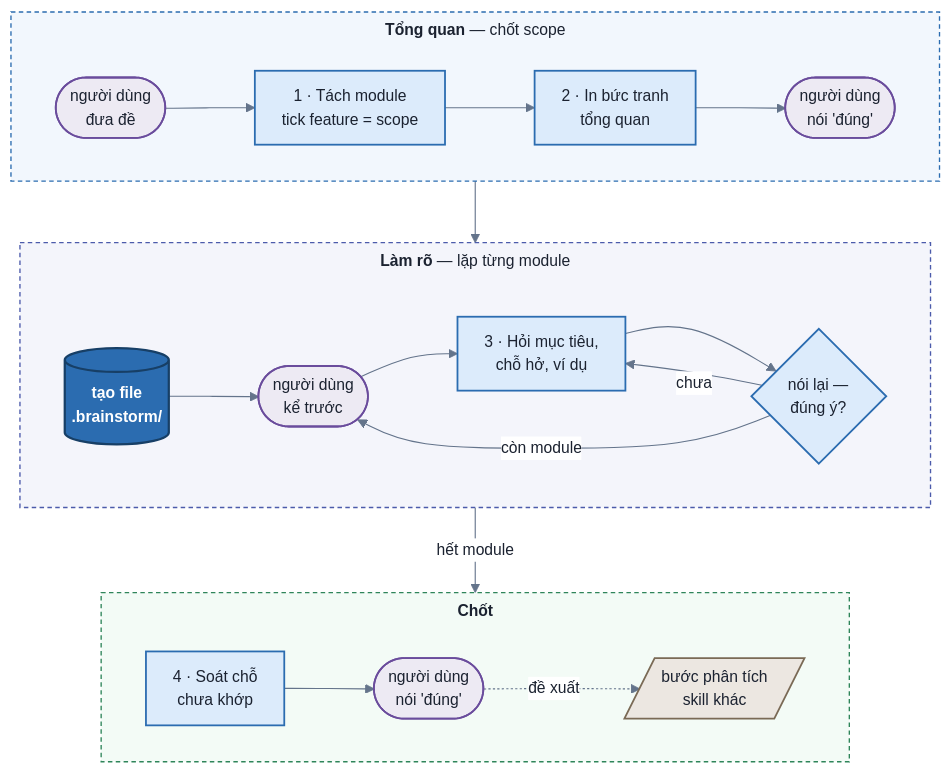
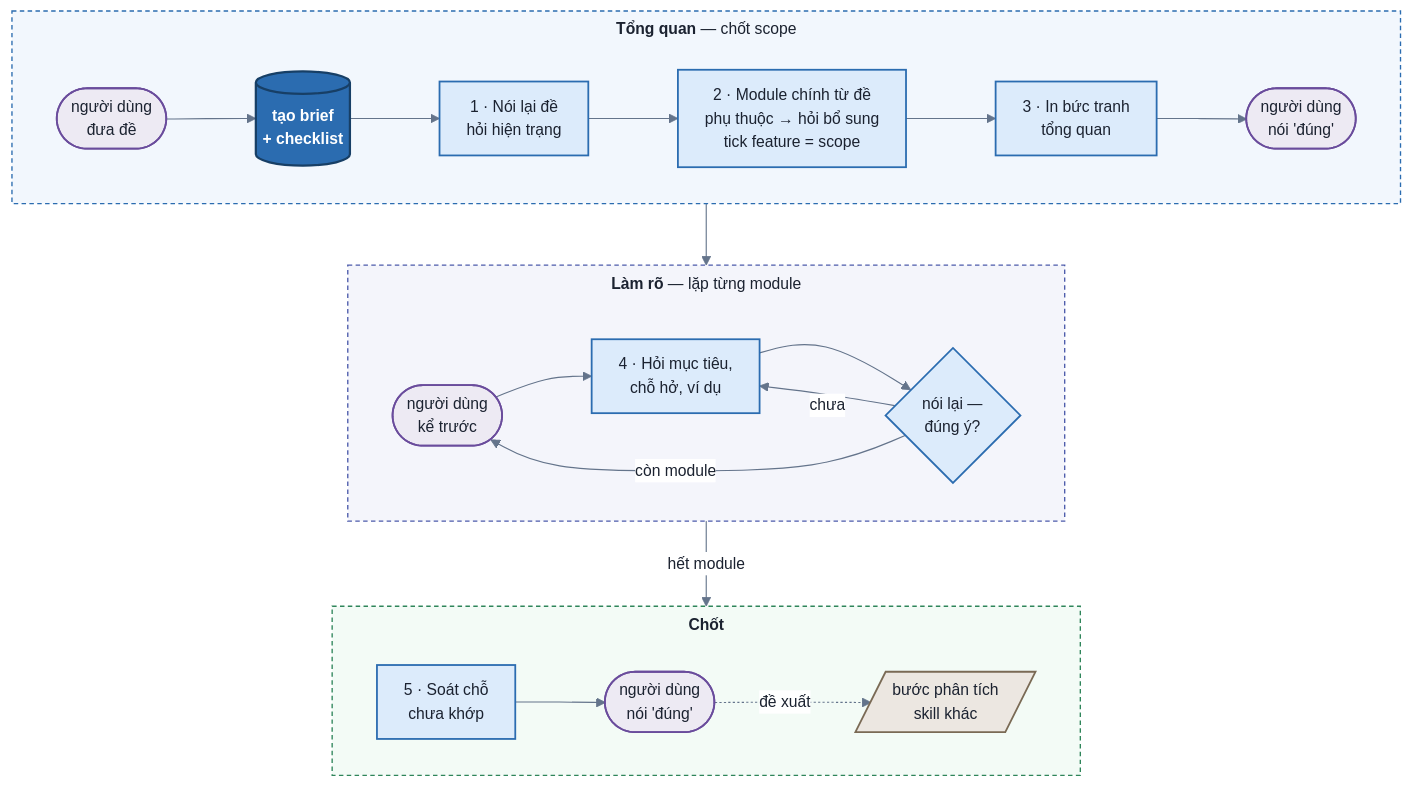
The diagram in skills/brainstorm-v1/SPEC.md (namitfruits/skills), drawn with Mermaid before and after one commit. The commit also changed other lines of this file and 6 other files, not shown here.

First line of the commit message:
brainstorm-v1: hỏi hiện trạng trước khi tách module, thêm checklist từng bước

````diff
--- a/skills/brainstorm-v1/SPEC.md
+++ b/skills/brainstorm-v1/SPEC.md
@@ -38,45 +38,46 @@
 ```mermaid
 %%{init: {'theme':'base','themeVariables':{'fontSize':'14px','titleColor':'#1b2230','textColor':'#1b2230','nodeTextColor':'#1b2230','lineColor':'#64748b','edgeLabelBackground':'#ffffff','clusterBkg':'#F7F8FA','clusterBorder':'#8a93a5'},'flowchart':{'curve':'basis','nodeSpacing':45,'rankSpacing':55,'padding':12,'subGraphTitleMargin':{'top':6,'bottom':14}}}}%%
 flowchart TB
   subgraph P1["`**Tổng quan** — chốt scope`"]
     direction LR
     U0(["người dùng<br/>đưa đề"])
-    S1["1 · Tách module<br/>tick feature = scope"]
-    S2["2 · In bức tranh<br/>tổng quan"]
+    F[("tạo brief<br/>+ checklist")]
+    S0["1 · Nói lại đề<br/>hỏi hiện trạng"]
+    S1["2 · Module chính từ đề<br/>phụ thuộc → hỏi bổ sung<br/>tick feature = scope"]
+    S2["3 · In bức tranh<br/>tổng quan"]
     U1(["người dùng<br/>nói 'đúng'"])
-    U0 --> S1 --> S2 --> U1
+    U0 --> F --> S0 --> S1 --> S2 --> U1
   end
   subgraph P2["`**Làm rõ** — lặp từng module`"]
     direction LR
-    F[("tạo file<br/>.brainstorm/")]
     K(["người dùng<br/>kể trước"])
-    S3["3 · Hỏi mục tiêu,<br/>chỗ hở, ví dụ"]
+    S3["4 · Hỏi mục tiêu,<br/>chỗ hở, ví dụ"]
     R{"nói lại —<br/>đúng ý?"}
-    F --> K --> S3 --> R
+    K --> S3 --> R
     R -->|"chưa"| S3
     R -->|"còn module"| K
   end
   subgraph P3["`**Chốt**`"]
     direction LR
-    S4["4 · Soát chỗ<br/>chưa khớp"]
+    S4["5 · Soát chỗ<br/>chưa khớp"]
     U2(["người dùng<br/>nói 'đúng'"])
     N[/"bước phân tích<br/>skill khác"/]
     S4 --> U2
   end
-  U1 --> F
+  U1 --> K
   R -->|"hết module"| S4
   U2 -.->|"đề xuất"| N
   linkStyle default color:#1b2230
 
   classDef actor fill:#EDEAF3,stroke:#6a4c9c,stroke-width:1.6px,color:#1b2230
   classDef fe    fill:#DCEBFB,stroke:#2b6cb0,stroke-width:1.6px,color:#1b2230
   classDef core  fill:#2b6cb0,stroke:#173f66,stroke-width:2px,color:#ffffff,font-weight:bold
   classDef ext   fill:#ECE7E1,stroke:#7a6a55,stroke-width:1.6px,color:#1b2230
   class U0,U1,K,U2 actor
-  class S1,S2,S3,R,S4 fe
+  class S0,S1,S2,S3,R,S4 fe
   class F core
   class N ext
   style P1 fill:#F2F7FD,stroke:#2b6cb0,stroke-width:1.2px,stroke-dasharray: 4 3
   style P2 fill:#F4F5FB,stroke:#4c5bab,stroke-width:1.2px,stroke-dasharray: 4 3
   style P3 fill:#F3FBF6,stroke:#2f855a,stroke-width:1.2px,stroke-dasharray: 4 3
 ```
````
